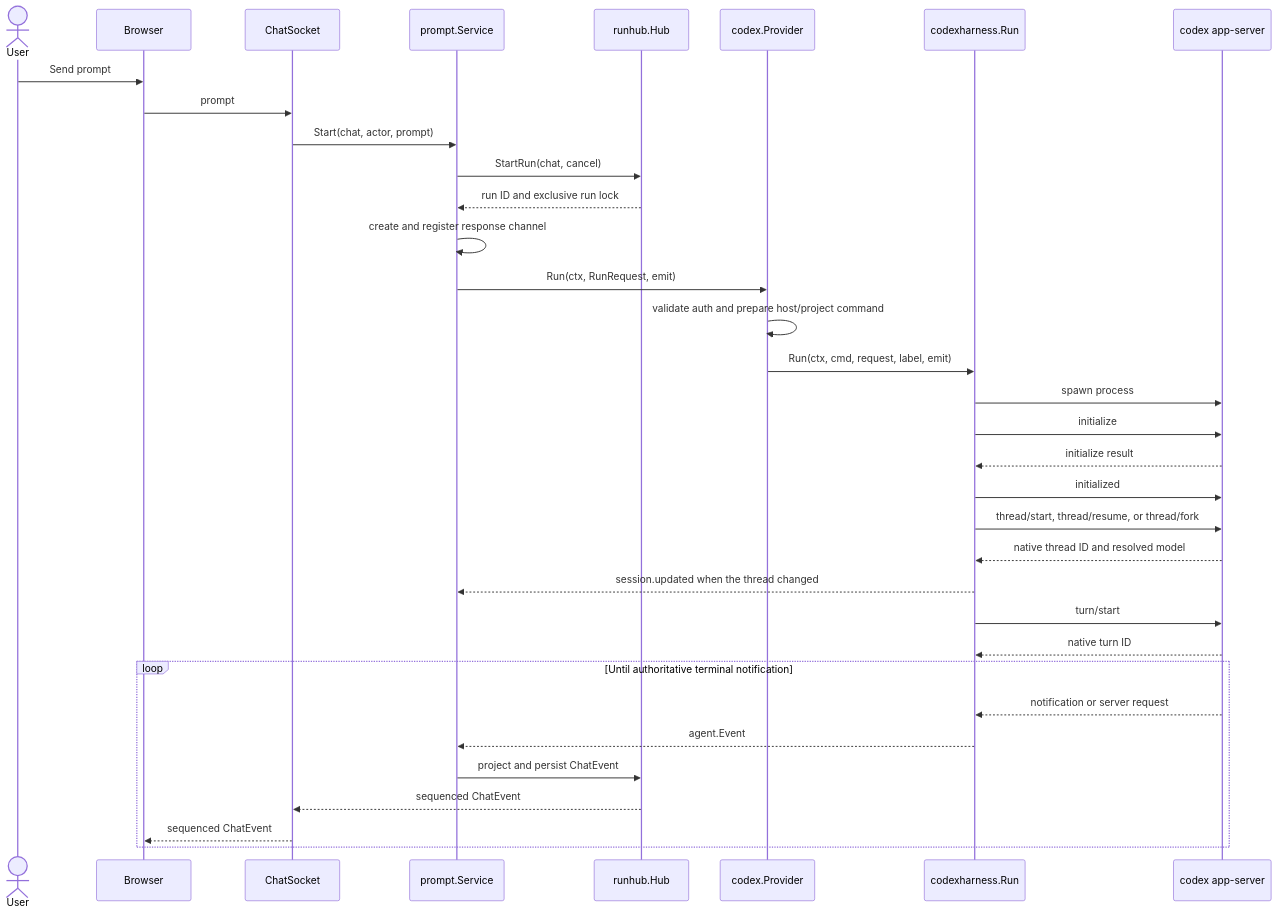
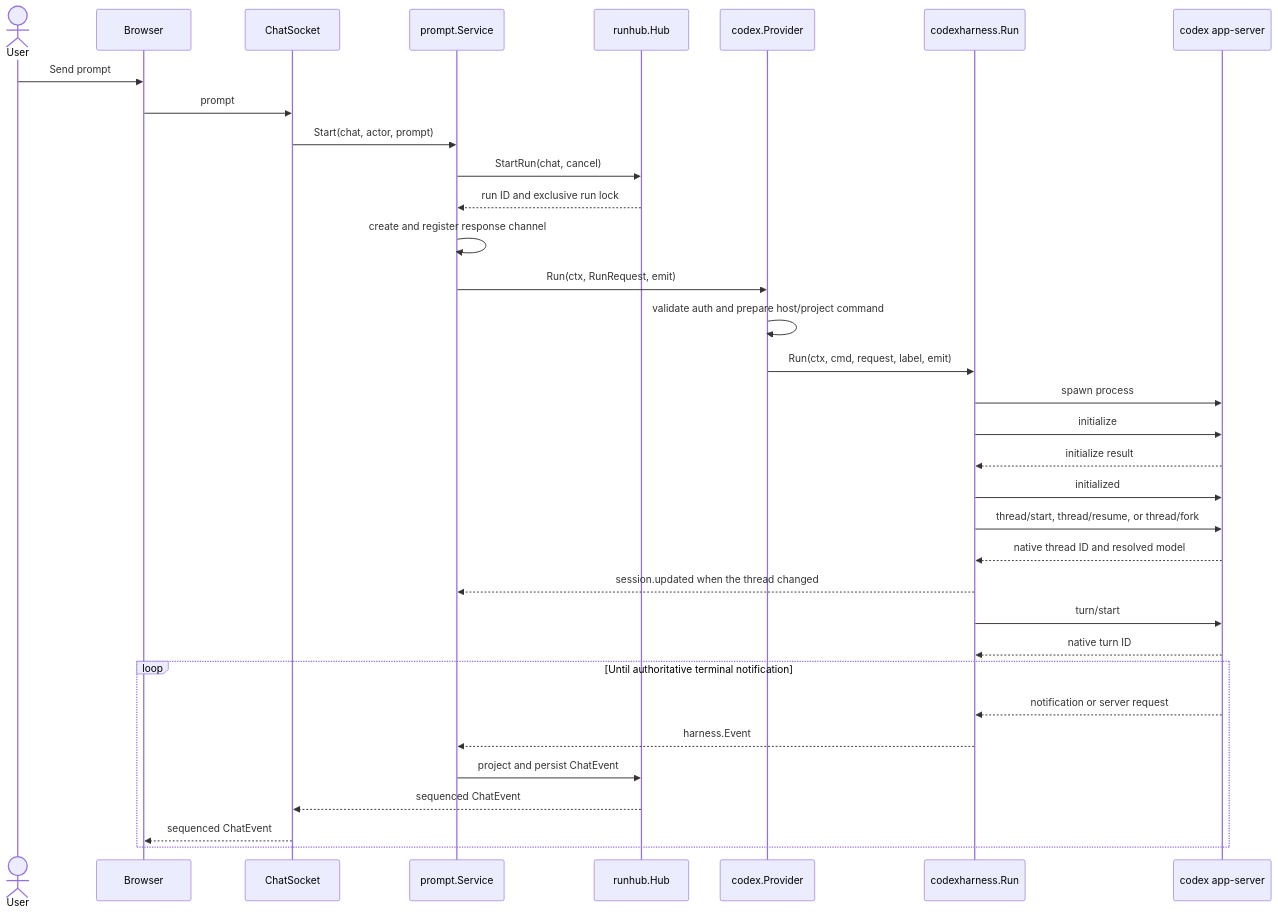
Before and after one commit to futrx-com/remote.futrx: the second of 6 diagrams in docs/dev/agents/08-codex-app-server-architecture.md, drawn with Mermaid. The commit also changed other lines of this file and 359 other files, not shown here.

````diff
--- a/docs/dev/agents/08-codex-app-server-architecture.md
+++ b/docs/dev/agents/08-codex-app-server-architecture.md
@@ -63,37 +63,37 @@
 ```mermaid
 sequenceDiagram
     actor User
     participant Browser
     participant Socket as ChatSocket
     participant Prompt as prompt.Service
     participant Hub as runhub.Hub
     participant Provider as codex.Provider
     participant Harness as codexharness.Run
     participant Server as codex app-server
 
     User->>Browser: Send prompt
     Browser->>Socket: prompt
     Socket->>Prompt: Start(chat, actor, prompt)
     Prompt->>Hub: StartRun(chat, cancel)
     Hub-->>Prompt: run ID and exclusive run lock
     Prompt->>Prompt: create and register response channel
     Prompt->>Provider: Run(ctx, RunRequest, emit)
     Provider->>Provider: validate auth and prepare host/project command
     Provider->>Harness: Run(ctx, cmd, request, label, emit)
     Harness->>Server: spawn process
     Harness->>Server: initialize
     Server-->>Harness: initialize result
     Harness->>Server: initialized
     Harness->>Server: thread/start, thread/resume, or thread/fork
     Server-->>Harness: native thread ID and resolved model
     Harness-->>Prompt: session.updated when the thread changed
     Harness->>Server: turn/start
     Server-->>Harness: native turn ID
     loop Until authoritative terminal notification
         Server-->>Harness: notification or server request
-        Harness-->>Prompt: agent.Event
+        Harness-->>Prompt: harness.Event
         Prompt->>Hub: project and persist ChatEvent
         Hub-->>Socket: sequenced ChatEvent
         Socket-->>Browser: sequenced ChatEvent
     end
 ```
````
